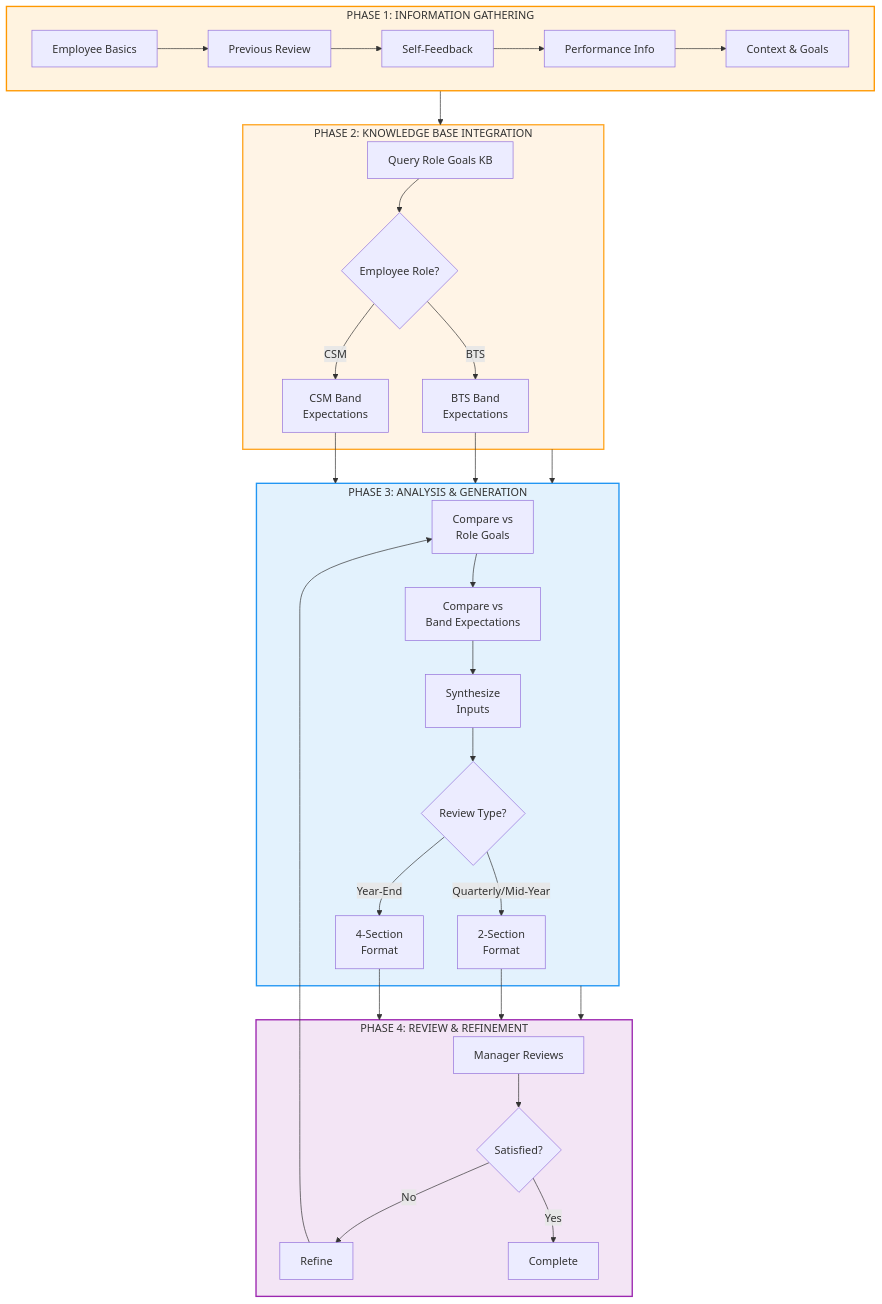
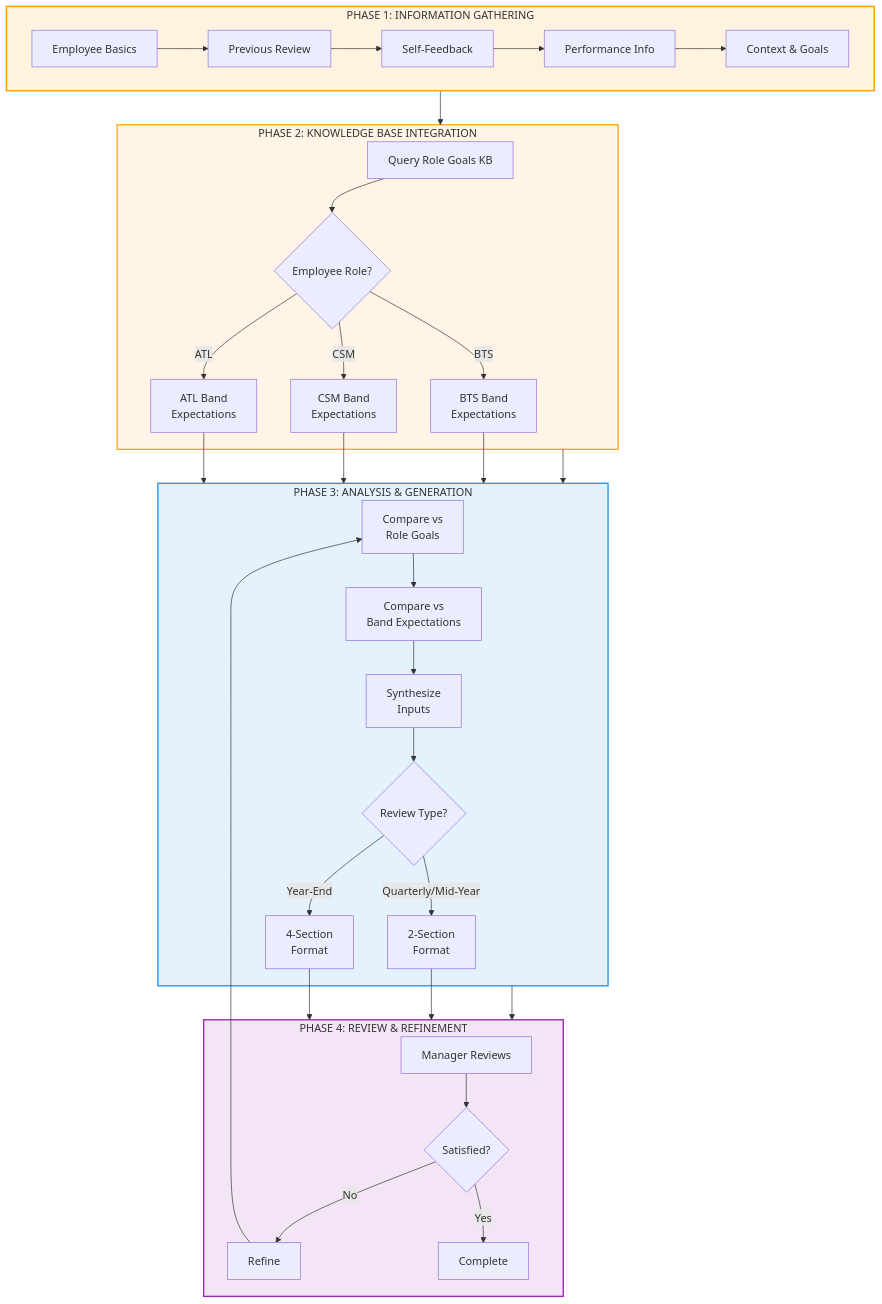
Before and after one commit to Tadanntlewis/employee-feedback-agent: the second of 4 diagrams in employee-feedback-agent-workflow.md, drawn with Mermaid. The commit also changed other lines of this file and 4 other files, not shown here.

````diff
--- a/employee-feedback-agent-workflow.md
+++ b/employee-feedback-agent-workflow.md
@@ -246,43 +247,45 @@
 ```mermaid
 graph TB
     subgraph Phase1[" PHASE 1: INFORMATION GATHERING "]
         A1[Employee Basics] --> A2[Previous Review]
         A2 --> A3[Self-Feedback]
         A3 --> A4[Performance Info]
         A4 --> A5[Context & Goals]
     end
     
     subgraph Phase2[" PHASE 2: KNOWLEDGE BASE INTEGRATION "]
         B1[Query Role Goals KB] --> B2{Employee Role?}
         B2 -->|BTS| B3[BTS Band<br/>Expectations]
         B2 -->|CSM| B4[CSM Band<br/>Expectations]
+        B2 -->|ATL| B5[ATL Band<br/>Expectations]
     end
     
     subgraph Phase3[" PHASE 3: ANALYSIS & GENERATION "]
         C1[Compare vs<br/>Role Goals] --> C2[Compare vs<br/>Band Expectations]
         C2 --> C3[Synthesize<br/>Inputs]
         C3 --> C4{Review Type?}
         C4 -->|Quarterly/Mid-Year| C5[2-Section<br/>Format]
         C4 -->|Year-End| C6[4-Section<br/>Format]
     end
     
     subgraph Phase4[" PHASE 4: REVIEW & REFINEMENT "]
         D1[Manager Reviews] --> D2{Satisfied?}
         D2 -->|No| D3[Refine]
         D2 -->|Yes| D4[Complete]
     end
     
     Phase1 --> Phase2
     Phase2 --> Phase3
     B3 --> Phase3
     B4 --> Phase3
+    B5 --> Phase3
     Phase3 --> Phase4
     C5 --> Phase4
     C6 --> Phase4
     D3 --> C1
     
     style Phase1 fill:#fff3e0,stroke:#ff9800,stroke-width:2px
     style Phase2 fill:#fff4e6,stroke:#ffa726,stroke-width:2px
     style Phase3 fill:#e3f2fd,stroke:#2196f3,stroke-width:2px
     style Phase4 fill:#f3e5f5,stroke:#9c27b0,stroke-width:2px
 ```
````
